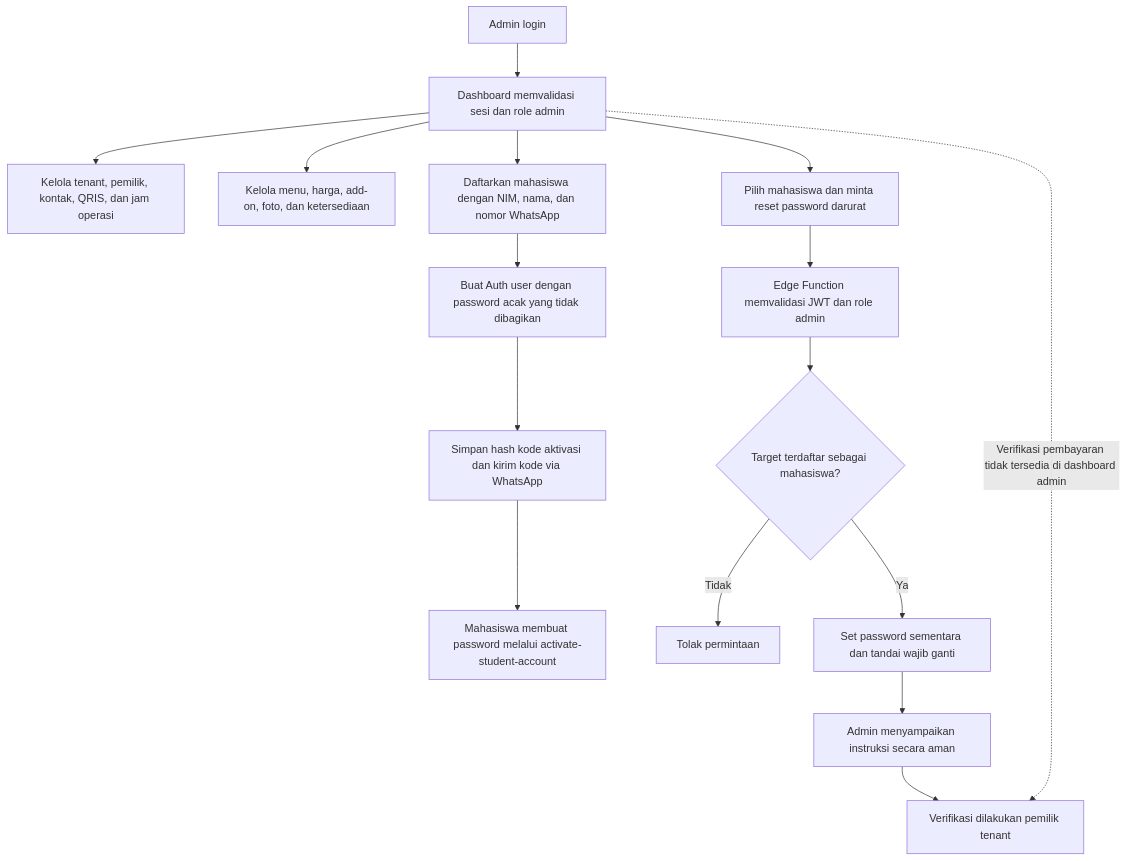
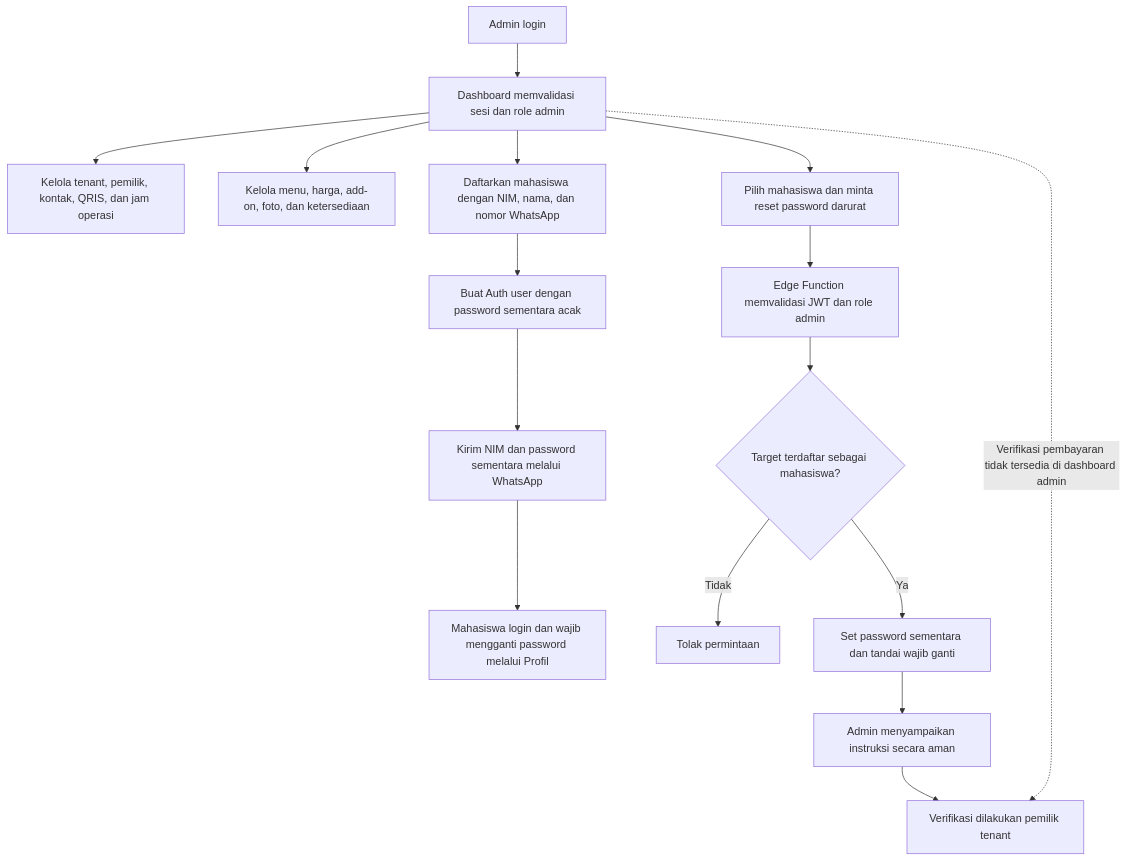
Before and after one commit to nandayudhistirawibowo/SiKantin: the fifth of 7 diagrams in FLOWCHART.md, drawn with Mermaid. The commit also changed other lines of this file and 14 other files, not shown here.

Commit message:
Fitur: Password sementara via WA & hapus kode aktivasi

````diff
--- a/FLOWCHART.md
+++ b/FLOWCHART.md
@@ -110,18 +105,18 @@
 ```mermaid
 flowchart TD
     A[Admin login] --> B[Dashboard memvalidasi sesi dan role admin]
     B --> C[Kelola tenant, pemilik, kontak, QRIS, dan jam operasi]
     B --> D[Kelola menu, harga, add-on, foto, dan ketersediaan]
     B --> E[Daftarkan mahasiswa dengan NIM, nama, dan nomor WhatsApp]
-    E --> F[Buat Auth user dengan password acak yang tidak dibagikan]
-    F --> G[Simpan hash kode aktivasi dan kirim kode via WhatsApp]
-    G --> H[Mahasiswa membuat password melalui activate-student-account]
+    E --> F[Buat Auth user dengan password sementara acak]
+    F --> G[Kirim NIM dan password sementara melalui WhatsApp]
+    G --> H[Mahasiswa login dan wajib mengganti password melalui Profil]
     B --> I[Pilih mahasiswa dan minta reset password darurat]
     I --> J[Edge Function memvalidasi JWT dan role admin]
     J --> K{Target terdaftar sebagai mahasiswa?}
     K -- Tidak --> L[Tolak permintaan]
     K -- Ya --> M[Set password sementara dan tandai wajib ganti]
     M --> N[Admin menyampaikan instruksi secara aman]
     N --> O[Mahasiswa login dan membuat password baru]
     B -. Verifikasi pembayaran tidak tersedia di dashboard admin .-> O[Verifikasi dilakukan pemilik tenant]
 ```
````
